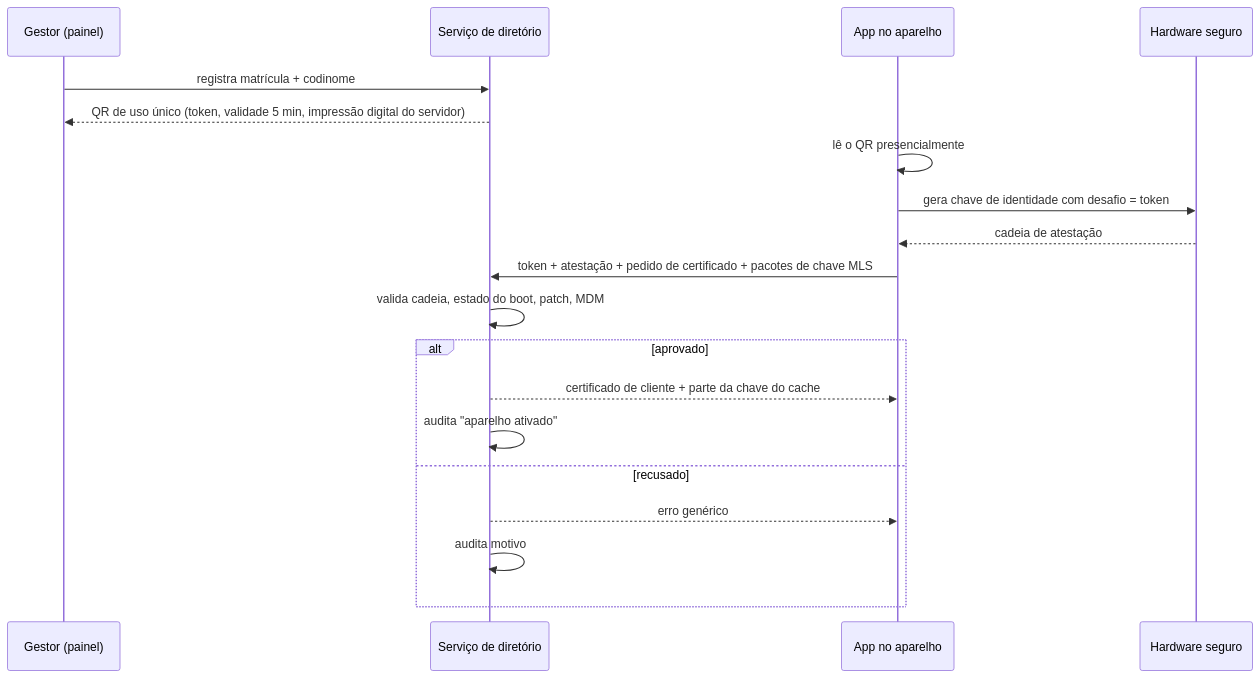
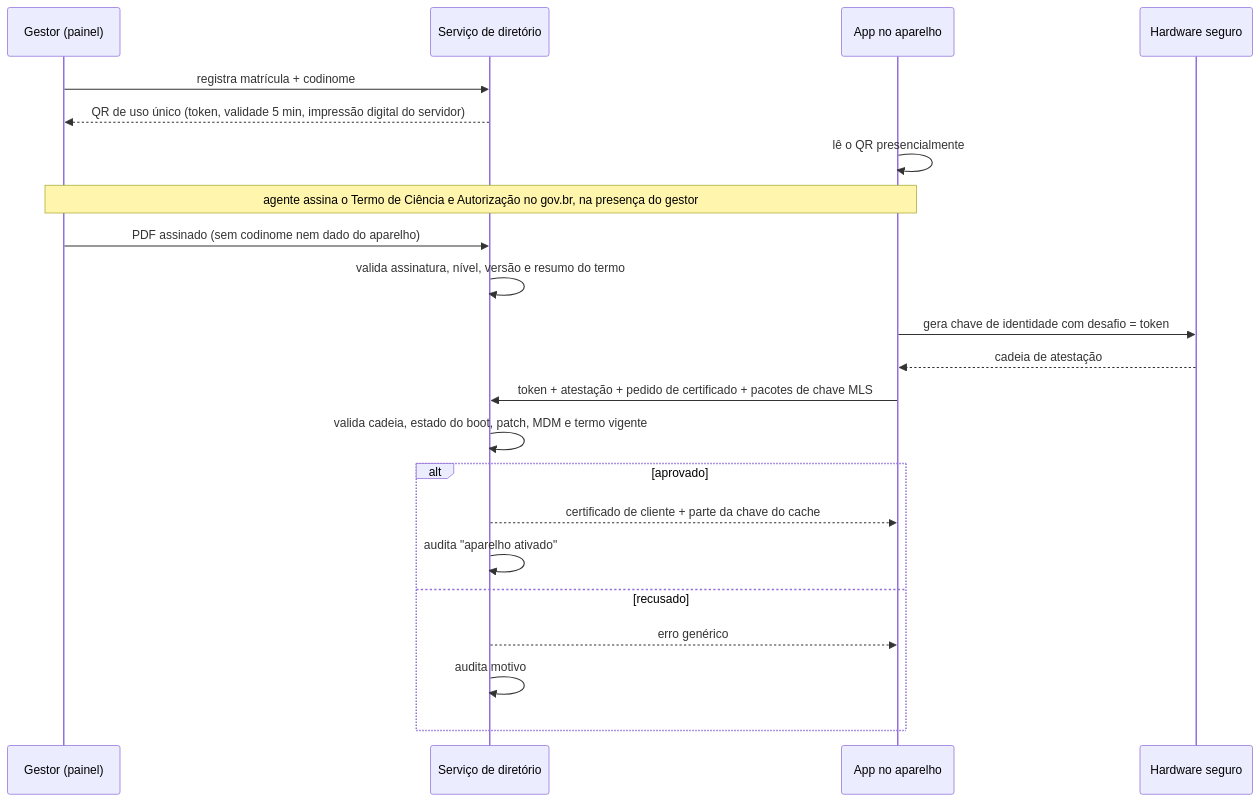
The second of 4 diagrams in docs/02-arquitetura-engenharia.md (igorrafae/MIGDOL), drawn with Mermaid before and after one commit. The commit also changed other lines of this file and 7 other files, not shown here.

First line of the commit message:
Adiciona Termo de Ciência e Autorização assinado via gov.br no cadastro

````diff
--- a/docs/02-arquitetura-engenharia.md
+++ b/docs/02-arquitetura-engenharia.md
@@ -106,22 +106,25 @@
 ```mermaid
 sequenceDiagram
   participant G as Gestor (painel)
   participant S as Serviço de diretório
   participant A as App no aparelho
   participant H as Hardware seguro
 
   G->>S: registra matrícula + codinome
   S-->>G: QR de uso único (token, validade 5 min, impressão digital do servidor)
   A->>A: lê o QR presencialmente
+  Note over G,A: agente assina o Termo de Ciência e Autorização no gov.br, na presença do gestor
+  G->>S: PDF assinado (sem codinome nem dado do aparelho)
+  S->>S: valida assinatura, nível, versão e resumo do termo
   A->>H: gera chave de identidade com desafio = token
   H-->>A: cadeia de atestação
   A->>S: token + atestação + pedido de certificado + pacotes de chave MLS
-  S->>S: valida cadeia, estado do boot, patch, MDM
+  S->>S: valida cadeia, estado do boot, patch, MDM e termo vigente
   alt aprovado
     S-->>A: certificado de cliente + parte da chave do cache
     S->>S: audita "aparelho ativado"
   else recusado
     S-->>A: erro genérico
     S->>S: audita motivo
   end
 ```
````
